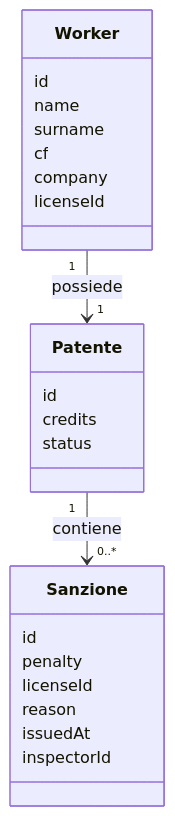
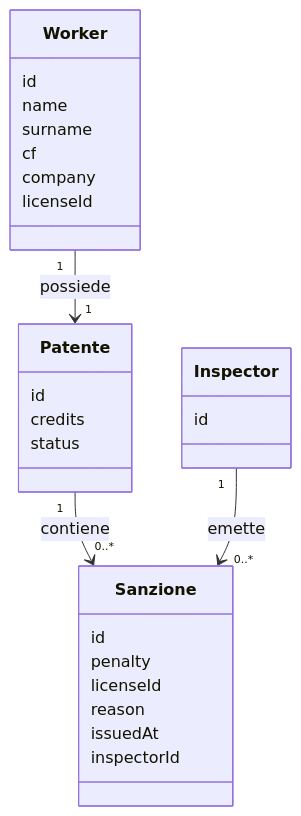
The diagram in docs/domain.md (aledam-12/WorksiteID), drawn with Mermaid before and after one commit. The commit also changed other lines of this file and 10 other files, not shown here.

````diff
--- a/docs/domain.md
+++ b/docs/domain.md
@@ -47,29 +57,34 @@
 ```mermaid
 classDiagram
     Worker "1" --> "1" Patente : possiede
     Patente "1" --> "0..*" Sanzione : contiene
+    Inspector "1" --> "0..*" Sanzione : emette
 
     class Worker {
         id
         name
         surname
         cf
         company
         licenseId
+    }
+
+    class Inspector {
+        id
     }
 
     class Patente {
         id
         credits
         status
     }
 
     class Sanzione {
         id
         penalty
         licenseId
         reason
         issuedAt
         inspectorId
     }
 ```
````
